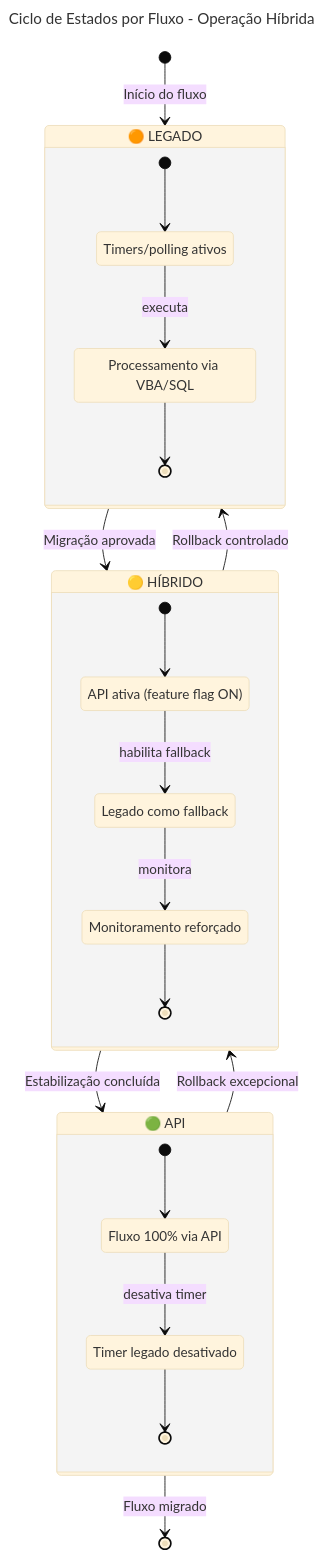
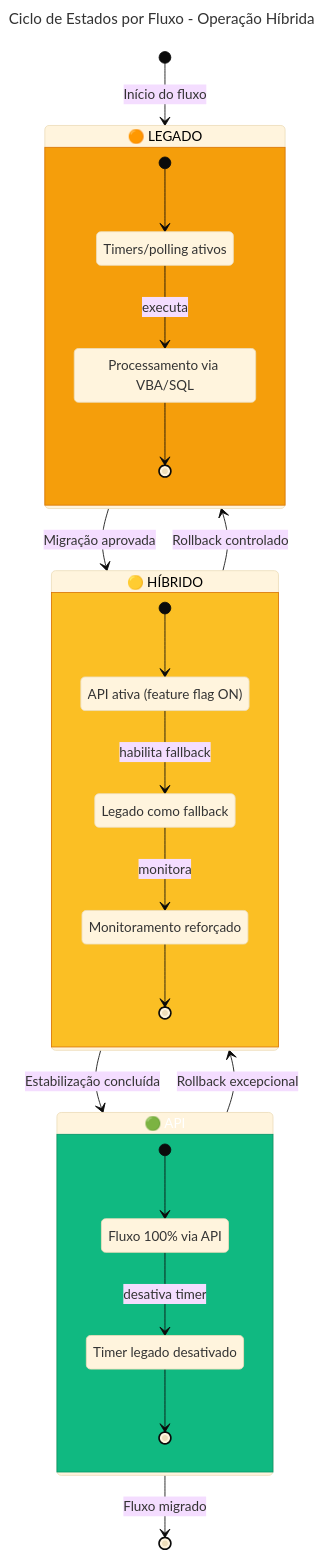
The second of 3 diagrams in docs/plano-modernizacao/03-execucao-projeto.md (Evilazaro/Azure-LogicApps-Monitoring), drawn with Mermaid (base theme) before and after one commit. The commit also changed other lines of this file and 6 other files, not shown here.

````diff
--- a/docs/plano-modernizacao/03-execucao-projeto.md
+++ b/docs/plano-modernizacao/03-execucao-projeto.md
@@ -98,39 +120,49 @@
 ```mermaid
 ---
 title: Ciclo de Estados por Fluxo - Operação Híbrida
 ---
 stateDiagram-v2
+    %% ===== DEFINIÇÕES DE ESTILO =====
+    classDef legadoState fill:#F59E0B,stroke:#D97706,color:#000000
+    classDef hibridoState fill:#FBBF24,stroke:#D97706,color:#000000
+    classDef apiState fill:#10B981,stroke:#059669,color:#FFFFFF
+
     [*] --> Legado: Início do fluxo
 
     state "🟠 LEGADO" as Legado {
         [*] --> timer_ativo
         timer_ativo: Timers/polling ativos
         timer_ativo --> processando: executa
         processando: Processamento via VBA/SQL
         processando --> [*]
     }
 
     state "🟡 HÍBRIDO" as Hibrido {
         [*] --> api_ativa
         api_ativa: API ativa (feature flag ON)
         api_ativa --> fallback_disponivel: habilita fallback
         fallback_disponivel: Legado como fallback
         fallback_disponivel --> monitoramento: monitora
         monitoramento: Monitoramento reforçado
         monitoramento --> [*]
     }
 
     state "🟢 API" as API {
         [*] --> api_exclusiva
         api_exclusiva: Fluxo 100% via API
         api_exclusiva --> timer_desativado: desativa timer
         timer_desativado: Timer legado desativado
         timer_desativado --> [*]
     }
 
     Legado --> Hibrido: Migração aprovada
     Hibrido --> API: Estabilização concluída
     Hibrido --> Legado: Rollback controlado
     API --> Hibrido: Rollback excepcional
     API --> [*]: Fluxo migrado
+
+    %% ===== APLICAÇÃO DE ESTILOS =====
+    class Legado legadoState
+    class Hibrido hibridoState
+    class API apiState
 ```
````
